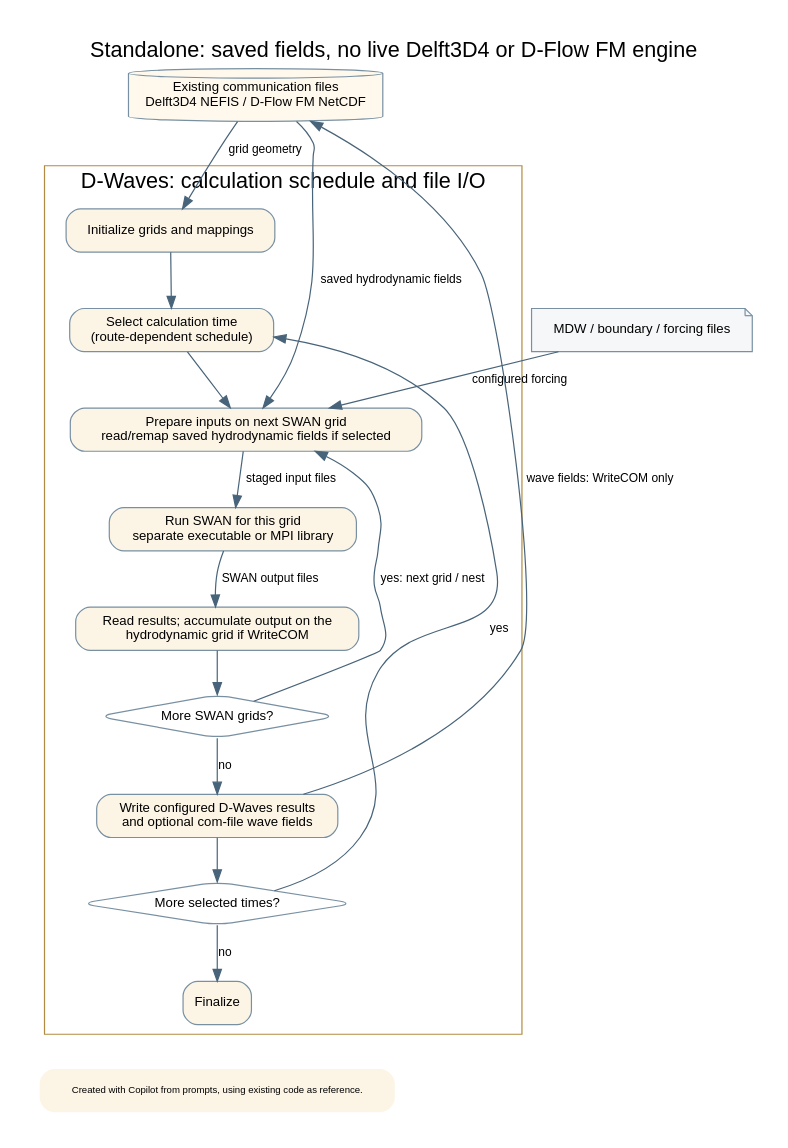
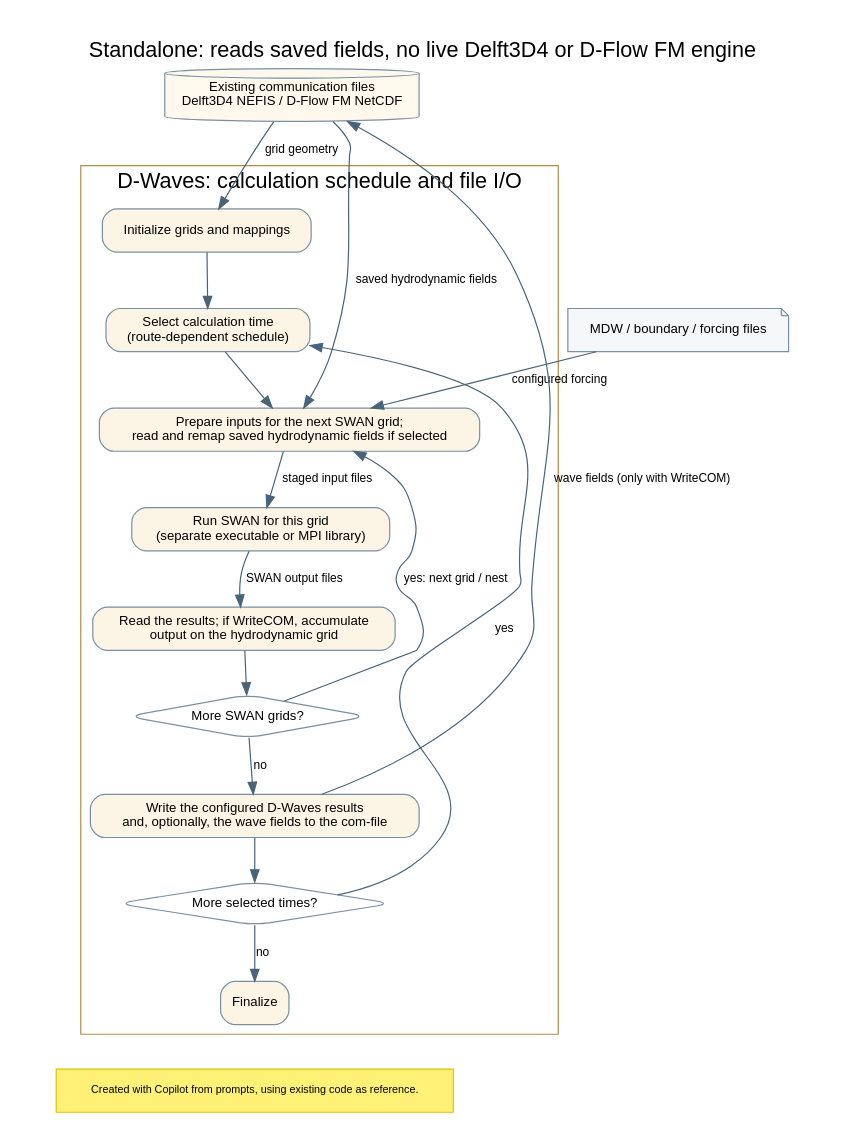
The diagram in src/engines_gpl/wave/docs/include/dwaves_pathway_standalone_detailed.dot (Deltares/Delft3D), drawn with Graphviz before and after one commit. The commit also changed 19 other files, not shown here.

Commit message:
Grammatical edits and some additionalcosmetic changes in the diagrams

```diff
--- a/src/engines_gpl/wave/docs/include/dwaves_pathway_standalone_detailed.dot
+++ b/src/engines_gpl/wave/docs/include/dwaves_pathway_standalone_detailed.dot
@@ -1,42 +1,43 @@
 digraph standalone_communication {
-    graph [label="Standalone: saved fields, no live Delft3D4 or D-Flow FM engine", labelloc=t,
+    graph [label="Standalone: reads saved fields, no live Delft3D4 or D-Flow FM engine", labelloc=t,
            fontsize=18, fontname="Helvetica", rankdir=TB, nodesep=0.5,
            ranksep=0.5, pad=0.3, bgcolor="white"];
     node [shape=box, style="rounded,filled", fillcolor="#FCF5E6",
           color="#7890A2", fontname="Helvetica", fontsize=11];
     edge [fontname="Helvetica", fontsize=10, color="#48647A"];
 
     saved [shape=cylinder, fillcolor="#FFF9ED",
            label="Existing communication files\nDelft3D4 NEFIS / D-Flow FM NetCDF"];
     forcing [shape=note, fillcolor="#F5F7F8",
              label="MDW / boundary / forcing files"];
     subgraph cluster_wave {
         label="D-Waves: calculation schedule and file I/O"; color="#B28B42";
         init [label="Initialize grids and mappings"];
         time [label="Select calculation time\n(route-dependent schedule)"];
-        inputs [label="Prepare inputs on next SWAN grid\nread/remap saved hydrodynamic fields if selected"];
-        swan [label="Run SWAN for this grid\nseparate executable or MPI library"];
-        collect [label="Read results; accumulate output on the\nhydrodynamic grid if WriteCOM"];
+        inputs [label="Prepare inputs for the next SWAN grid;\nread and remap saved hydrodynamic fields if selected"];
+        swan [label="Run SWAN for this grid\n(separate executable or MPI library)"];
+        collect [label="Read the results; if WriteCOM, accumulate\noutput on the hydrodynamic grid"];
         nests [shape=diamond, fillcolor="white", label="More SWAN grids?"];
-        outputs [label="Write configured D-Waves results\nand optional com-file wave fields"];
+        outputs [label="Write the configured D-Waves results\nand, optionally, the wave fields to the com-file"];
         times [shape=diamond, fillcolor="white", label="More selected times?"];
         done [label="Finalize"];
         init -> time -> inputs;
         inputs -> swan [label="staged input files"];
         swan -> collect [label="SWAN output files"];
         collect -> nests;
         nests -> inputs [label="yes: next grid / nest", constraint=false];
         nests -> outputs [label="no"];
         outputs -> times;
         times -> time [label="yes", constraint=false];
         times -> done [label="no"];
     }
     saved -> init [label="grid geometry"];
     saved -> inputs [label="saved hydrodynamic fields"];
     forcing -> inputs [label="configured forcing"];
-    outputs -> saved [label="wave fields: WriteCOM only", constraint=false];
-    diagram_credit [shape=plaintext, fontsize=8,
+    outputs -> saved [label="wave fields (only with WriteCOM)", constraint=false];
+    diagram_credit [shape=box, style=filled, fillcolor="#FFF176", color="#E0C200",
+                    fontname="Helvetica", fontsize=9, margin="0.12,0.06",
                     label="Created with Copilot from prompts, using existing code as reference."];
     {rank=sink; diagram_credit;}
     done -> diagram_credit [style=invis];
 }
```
